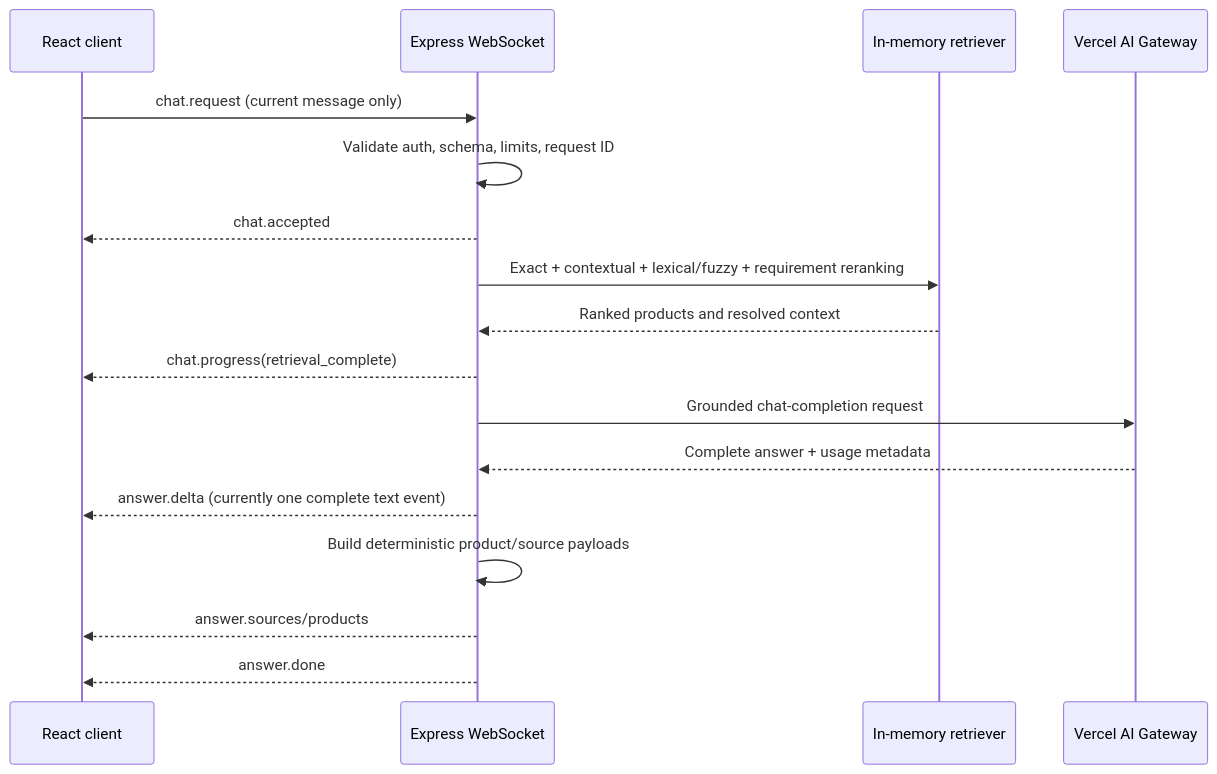
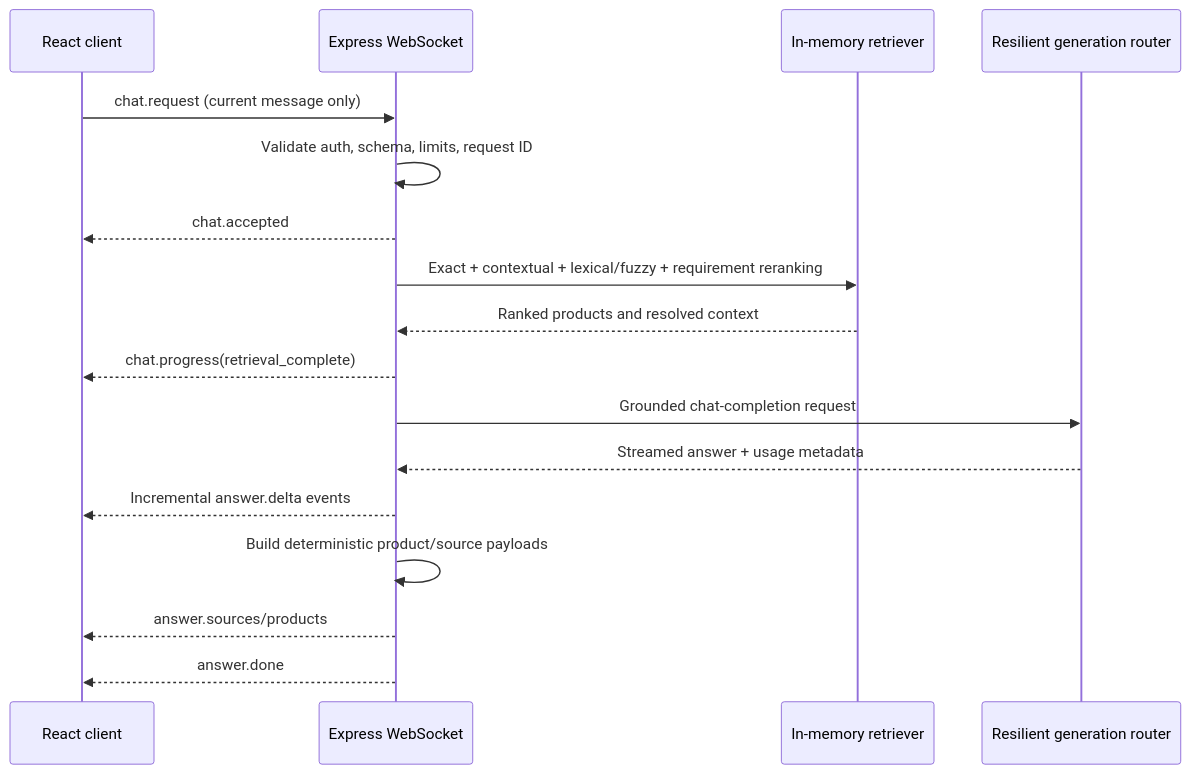
One commit to LokeshGoswami2003/AI-Product-Finder changed the third of 3 diagrams in knowledge.md. Above: the diagram before and after it, drawn with Mermaid. The commit also changed other lines of this file and 15 other files, not shown here.

Commit message:
feat: add resilient OpenRouter generation fallback

````diff
--- a/knowledge.md
+++ b/knowledge.md
@@ -857,20 +857,20 @@
 ```mermaid
 sequenceDiagram
 		participant UI as React client
 		participant WS as Express WebSocket
 		participant RET as In-memory retriever
-		participant GW as Vercel AI Gateway
+		participant GEN as Resilient generation router
 
 		UI->>WS: chat.request (current message only)
 		WS->>WS: Validate auth, schema, limits, request ID
 		WS-->>UI: chat.accepted
 		WS->>RET: Exact + contextual + lexical/fuzzy + requirement reranking
 		RET-->>WS: Ranked products and resolved context
 		WS-->>UI: chat.progress(retrieval_complete)
-		WS->>GW: Grounded chat-completion request
-		GW-->>WS: Complete answer + usage metadata
-		WS-->>UI: answer.delta (currently one complete text event)
+		WS->>GEN: Grounded chat-completion request
+		GEN-->>WS: Streamed answer + usage metadata
+		WS-->>UI: Incremental answer.delta events
 		WS->>WS: Build deterministic product/source payloads
 		WS-->>UI: answer.sources/products
 		WS-->>UI: answer.done
 ```
````
